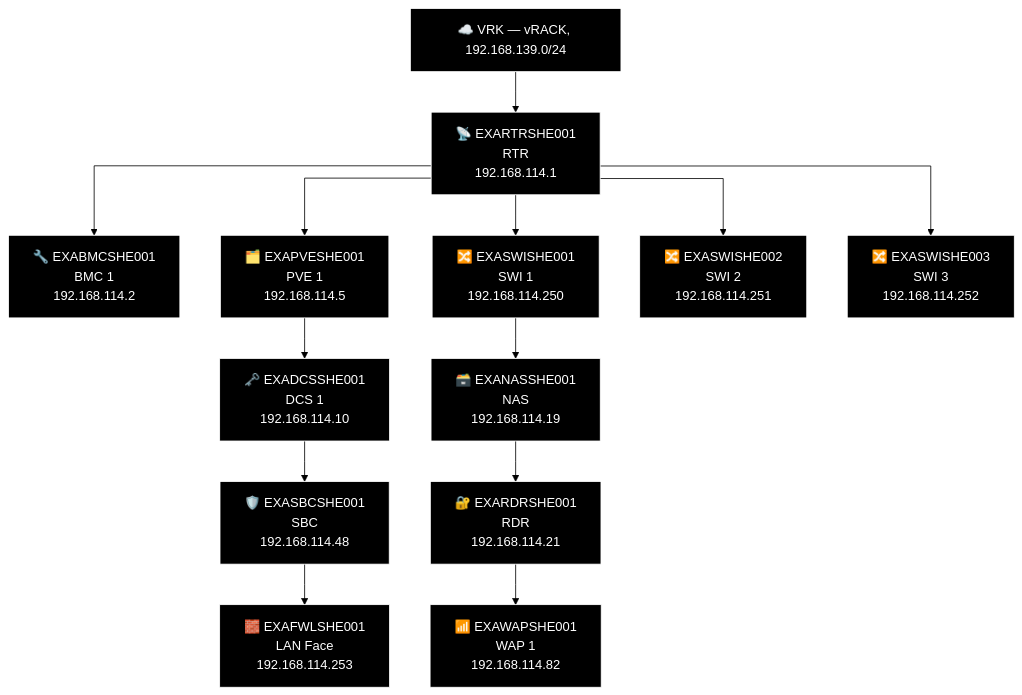
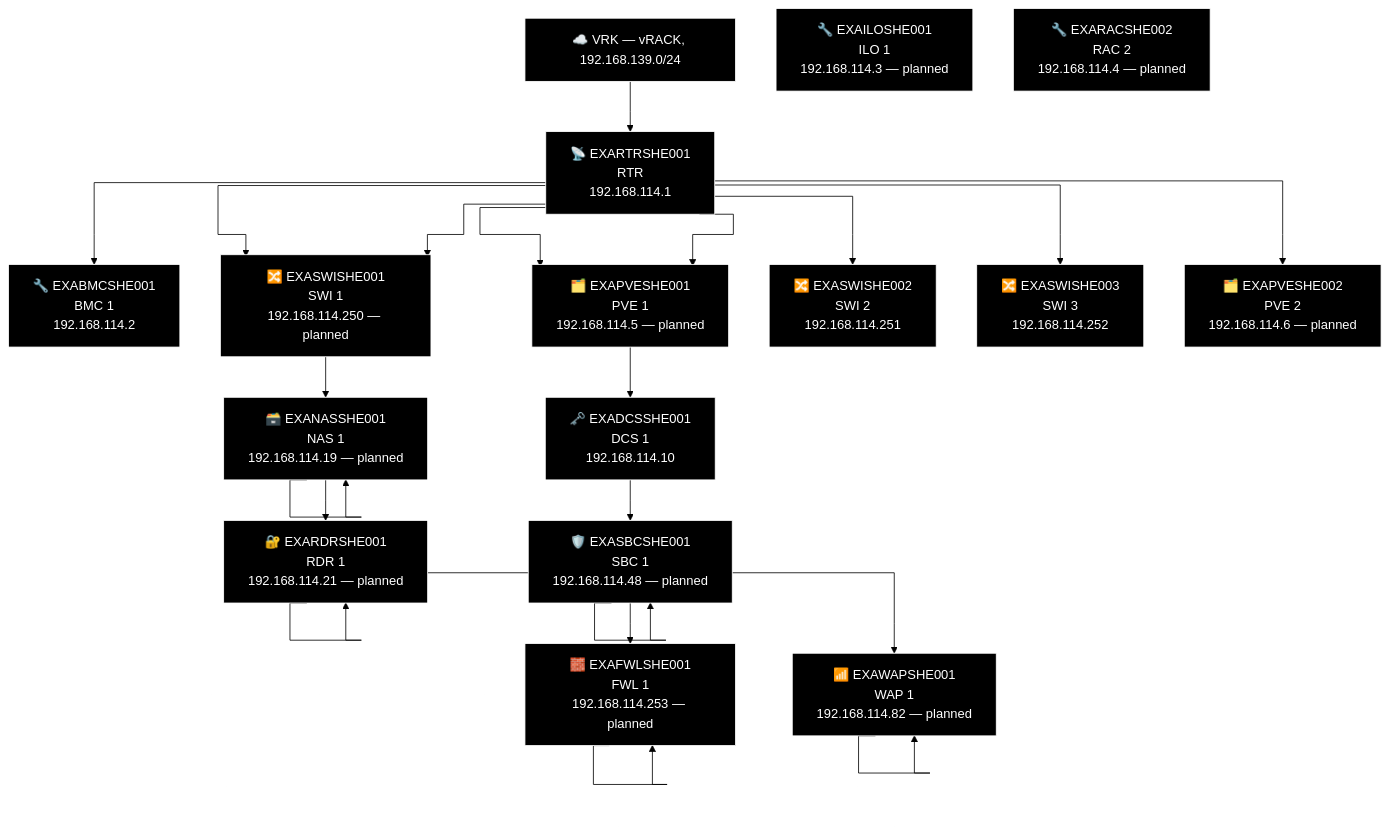
Diagram 18 of 27 in docs/network-diagram/england.md (knightmare2600/example_music_infra), drawn with Mermaid (forest theme) before and after one commit. The commit also changed other lines of this file and 12 other files, not shown here.

````diff
--- a/docs/network-diagram/england.md
+++ b/docs/network-diagram/england.md
@@ -859,40 +930,63 @@
 ```mermaid
 %% GENERATED:TOPOLOGY:SHE:START
 %%{init: {'flowchart': {'curve': 'stepAfter'}}}%%
 graph TD
     T_VRK["☁️ VRK — vRACK, 192.168.139.0/24"]
     T_RTR["📡 EXARTRSHE001<br/>RTR<br/>192.168.114.1"]
     T_VRK --> T_RTR
     T_BMC["🔧 EXABMCSHE001<br/>BMC 1<br/>192.168.114.2"]
     T_RTR --> T_BMC
     T_PVE["🗂️ EXAPVESHE001<br/>PVE 1<br/>192.168.114.5"]
     T_RTR --> T_PVE
     T_SWI["🔀 EXASWISHE001<br/>SWI 1<br/>192.168.114.250"]
     T_RTR --> T_SWI
     T_SWI2["🔀 EXASWISHE002<br/>SWI 2<br/>192.168.114.251"]
     T_RTR --> T_SWI2
     T_SWI3["🔀 EXASWISHE003<br/>SWI 3<br/>192.168.114.252"]
     T_RTR --> T_SWI3
+    T_SWI["🔀 EXASWISHE001<br/>SWI 1<br/>192.168.114.250 — planned"]
+    T_RTR --> T_SWI
+    T_PVE["🗂️ EXAPVESHE001<br/>PVE 1<br/>192.168.114.5 — planned"]
+    T_RTR --> T_PVE
+    T_PVE2["🗂️ EXAPVESHE002<br/>PVE 2<br/>192.168.114.6 — planned"]
+    T_RTR --> T_PVE2
     T_NAS["🗃️ EXANASSHE001<br/>NAS<br/>192.168.114.19"]
+    T_NAS["🗃️ EXANASSHE001<br/>NAS 1<br/>192.168.114.19 — planned"]
     T_RDR["🔐 EXARDRSHE001<br/>RDR<br/>192.168.114.21"]
+    T_RDR["🔐 EXARDRSHE001<br/>RDR 1<br/>192.168.114.21 — planned"]
     T_WAP["📶 EXAWAPSHE001<br/>WAP 1<br/>192.168.114.82"]
-    T_SWI --> T_NAS --> T_RDR --> T_WAP
+    T_WAP["📶 EXAWAPSHE001<br/>WAP 1<br/>192.168.114.82 — planned"]
+    T_SWI --> T_NAS --> T_NAS --> T_RDR --> T_RDR --> T_WAP --> T_WAP
     T_DCS["🗝️ EXADCSSHE001<br/>DCS 1<br/>192.168.114.10"]
     T_SBC["🛡️ EXASBCSHE001<br/>SBC<br/>192.168.114.48"]
+    T_SBC["🛡️ EXASBCSHE001<br/>SBC 1<br/>192.168.114.48 — planned"]
     T_FWL["🧱 EXAFWLSHE001<br/>LAN Face<br/>192.168.114.253"]
-    T_PVE --> T_DCS --> T_SBC --> T_FWL
+    T_FWL["🧱 EXAFWLSHE001<br/>FWL 1<br/>192.168.114.253 — planned"]
+    T_PVE --> T_DCS --> T_SBC --> T_SBC --> T_FWL --> T_FWL
+    T_ILO["🔧 EXAILOSHE001<br/>ILO 1<br/>192.168.114.3 — planned"]
+    T_RAC["🔧 EXARACSHE002<br/>RAC 2<br/>192.168.114.4 — planned"]
     style T_VRK fill:#000000,stroke:#FFFFFF,color:#FFFFFF
     style T_RTR fill:#000000,stroke:#FFFFFF,color:#FFFFFF
     style T_BMC fill:#000000,stroke:#FFFFFF,color:#FFFFFF
     style T_PVE fill:#000000,stroke:#FFFFFF,color:#FFFFFF
     style T_SWI fill:#000000,stroke:#FFFFFF,color:#FFFFFF
     style T_SWI2 fill:#000000,stroke:#FFFFFF,color:#FFFFFF
     style T_SWI3 fill:#000000,stroke:#FFFFFF,color:#FFFFFF
+    style T_SWI fill:#000000,stroke:#FFFFFF,color:#FFFFFF
+    style T_PVE fill:#000000,stroke:#FFFFFF,color:#FFFFFF
+    style T_PVE2 fill:#000000,stroke:#FFFFFF,color:#FFFFFF
+    style T_NAS fill:#000000,stroke:#FFFFFF,color:#FFFFFF
     style T_NAS fill:#000000,stroke:#FFFFFF,color:#FFFFFF
     style T_RDR fill:#000000,stroke:#FFFFFF,color:#FFFFFF
+    style T_RDR fill:#000000,stroke:#FFFFFF,color:#FFFFFF
+    style T_WAP fill:#000000,stroke:#FFFFFF,color:#FFFFFF
     style T_WAP fill:#000000,stroke:#FFFFFF,color:#FFFFFF
     style T_DCS fill:#000000,stroke:#FFFFFF,color:#FFFFFF
     style T_SBC fill:#000000,stroke:#FFFFFF,color:#FFFFFF
+    style T_SBC fill:#000000,stroke:#FFFFFF,color:#FFFFFF
     style T_FWL fill:#000000,stroke:#FFFFFF,color:#FFFFFF
+    style T_FWL fill:#000000,stroke:#FFFFFF,color:#FFFFFF
+    style T_ILO fill:#000000,stroke:#FFFFFF,color:#FFFFFF
+    style T_RAC fill:#000000,stroke:#FFFFFF,color:#FFFFFF
 %% GENERATED:TOPOLOGY:SHE:END
 ```
````
